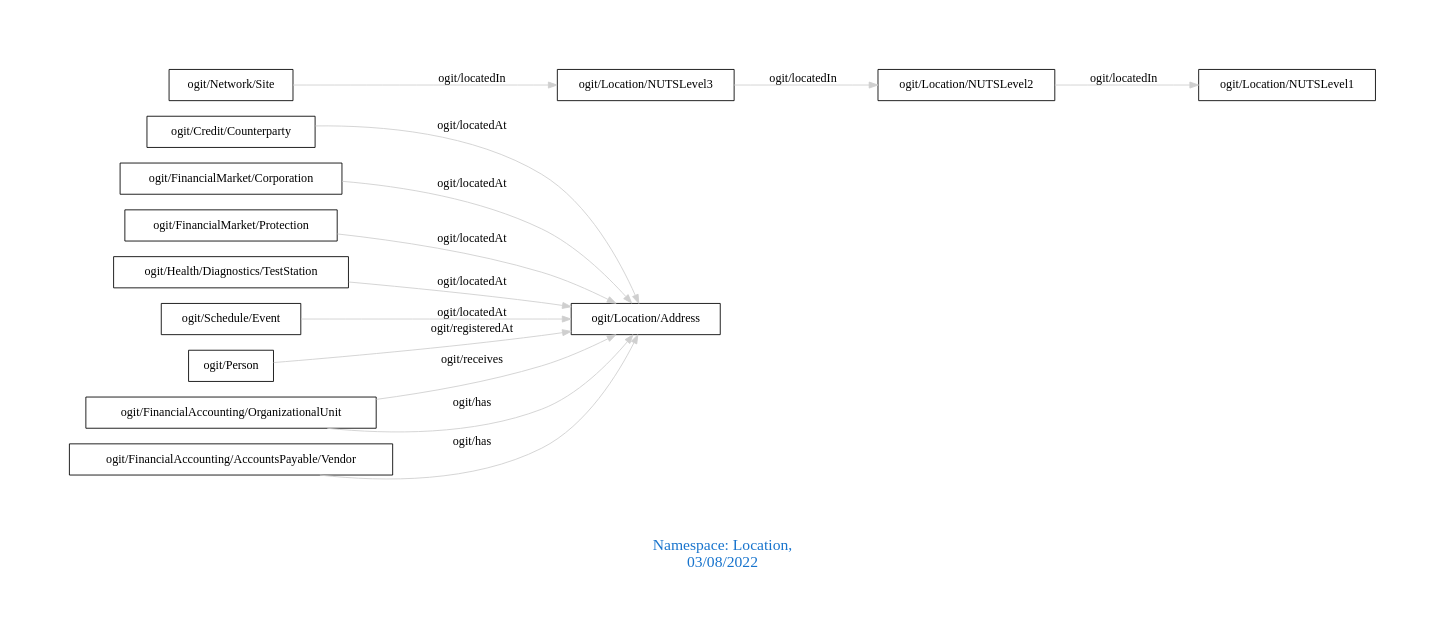
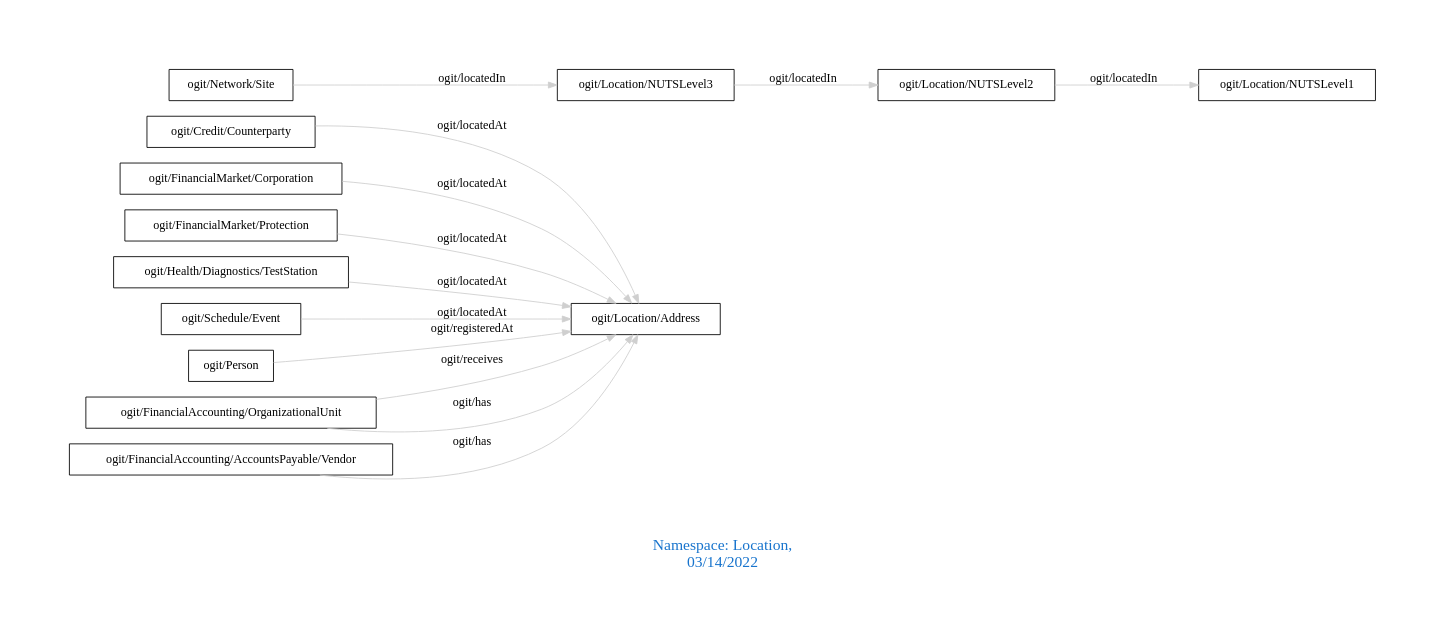
The diagram in downloads/Location.dot (arago/OGIT), drawn with Graphviz before and after one commit. The commit also changed 1906 other files, not shown here.

```diff
--- a/downloads/Location.dot
+++ b/downloads/Location.dot
@@ -1,20 +1,20 @@
 digraph OGIT_ontology {
  graph [ rankdir= LR,pad=1 
 fontsize = 18,
-fontcolor= dodgerblue3,label = "\n\n\nNamespace: Location, \n 03/08/2022"];
+fontcolor= dodgerblue3,label = "\n\n\nNamespace: Location, \n 03/14/2022"];
 node[shape=polygon];
 edge [  color="gray81"];
 
    "ogit/Credit/Counterparty" -> "ogit/Location/Address" [label="   ogit/locatedAt    "];
    "ogit/FinancialMarket/Corporation" -> "ogit/Location/Address" [label="   ogit/locatedAt    "];
    "ogit/FinancialMarket/Protection" -> "ogit/Location/Address" [label="   ogit/locatedAt    "];
    "ogit/Health/Diagnostics/TestStation" -> "ogit/Location/Address" [label="   ogit/locatedAt    "];
    "ogit/Schedule/Event" -> "ogit/Location/Address" [label="   ogit/locatedAt    "];
    "ogit/Location/NUTSLevel2" -> "ogit/Location/NUTSLevel1" [label="   ogit/locatedIn    "];
    "ogit/Location/NUTSLevel3" -> "ogit/Location/NUTSLevel2" [label="   ogit/locatedIn    "];
    "ogit/Network/Site" -> "ogit/Location/NUTSLevel3" [label="   ogit/locatedIn    "];
    "ogit/Person" -> "ogit/Location/Address" [label="   ogit/registeredAt    "];
    "ogit/FinancialAccounting/OrganizationalUnit" -> "ogit/Location/Address" [label="   ogit/receives    "];
    "ogit/FinancialAccounting/AccountsPayable/Vendor" -> "ogit/Location/Address" [label="   ogit/has    "];
    "ogit/FinancialAccounting/OrganizationalUnit" -> "ogit/Location/Address" [label="   ogit/has    "];
 }
```
